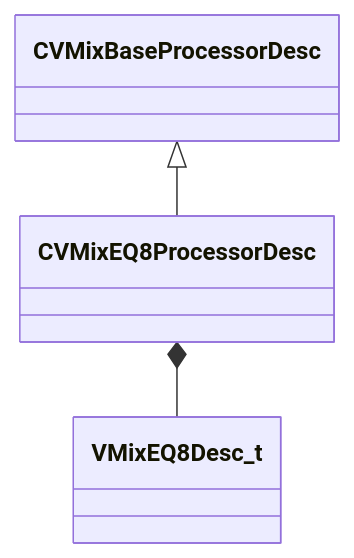
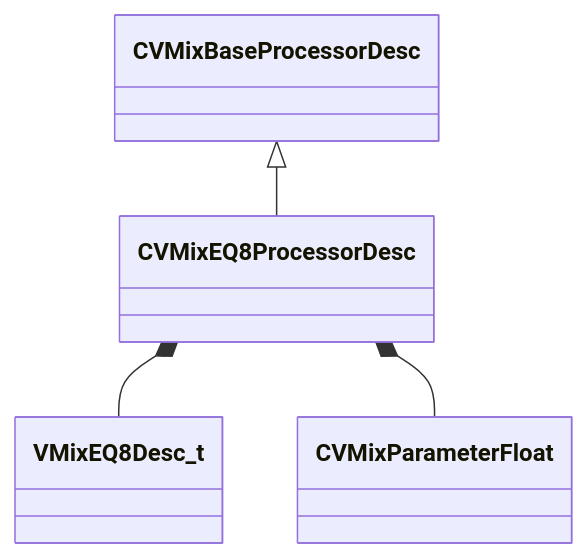
The diagram in docs/generated/schemas/soundsystem_lowlevel/CVMixEQ8ProcessorDesc.md (CS2OpenDev/CS2OpenDev-Docs), drawn with Mermaid before and after one commit. The commit also changed other lines of this file and 4654 other files, not shown here.

Commit message:
docs: regenerate for SchemaTracker build 25947352 [skip ci]

````diff
--- a/docs/generated/schemas/soundsystem_lowlevel/CVMixEQ8ProcessorDesc.md
+++ b/docs/generated/schemas/soundsystem_lowlevel/CVMixEQ8ProcessorDesc.md
@@ -19,5 +19,6 @@
 ```mermaid
 classDiagram
     CVMixBaseProcessorDesc <|-- CVMixEQ8ProcessorDesc
     CVMixEQ8ProcessorDesc *-- VMixEQ8Desc_t
+    CVMixEQ8ProcessorDesc *-- CVMixParameterFloat
 ```
````
